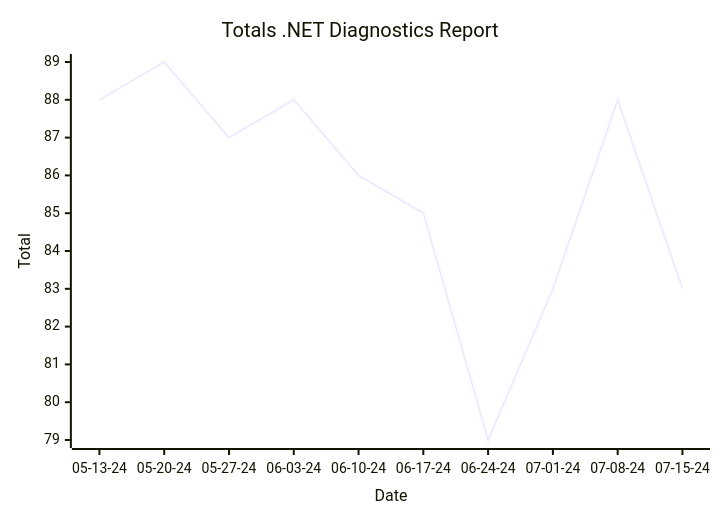
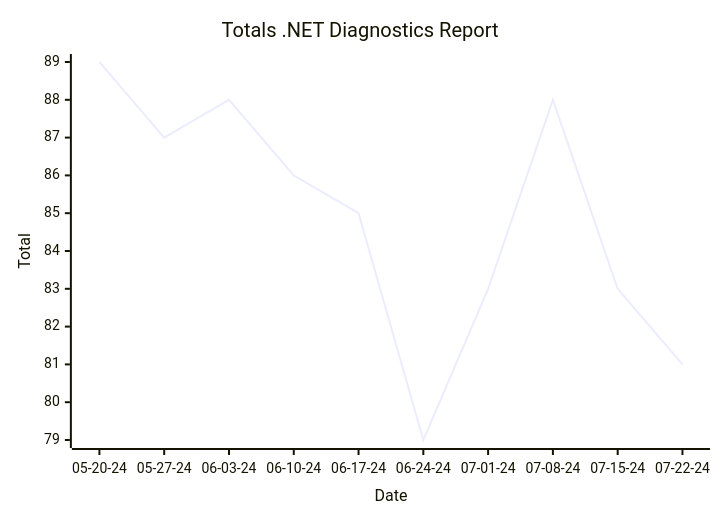
Before and after one commit to hoyosjs/gh-issue-tracker: the first of 2 diagrams in reports/README.md, drawn with Mermaid. The commit also changed other lines of this file and 4 other files, not shown here.

````diff
--- a/reports/README.md
+++ b/reports/README.md
@@ -7,7 +7,7 @@
 ```mermaid
 xychart-beta
   title "Totals .NET Diagnostics Report"
-  x-axis "Date" ["05-13-24", "05-20-24", "05-27-24", "06-03-24", "06-10-24", "06-17-24", "06-24-24", "07-01-24", "07-08-24", "07-15-24"]
+  x-axis "Date" ["05-20-24", "05-27-24", "06-03-24", "06-10-24", "06-17-24", "06-24-24", "07-01-24", "07-08-24", "07-15-24", "07-22-24"]
   y-axis "Total"
-  line [88, 89, 87, 88, 86, 85, 79, 83, 88, 83]
+  line [89, 87, 88, 86, 85, 79, 83, 88, 83, 81]
 ```
````
